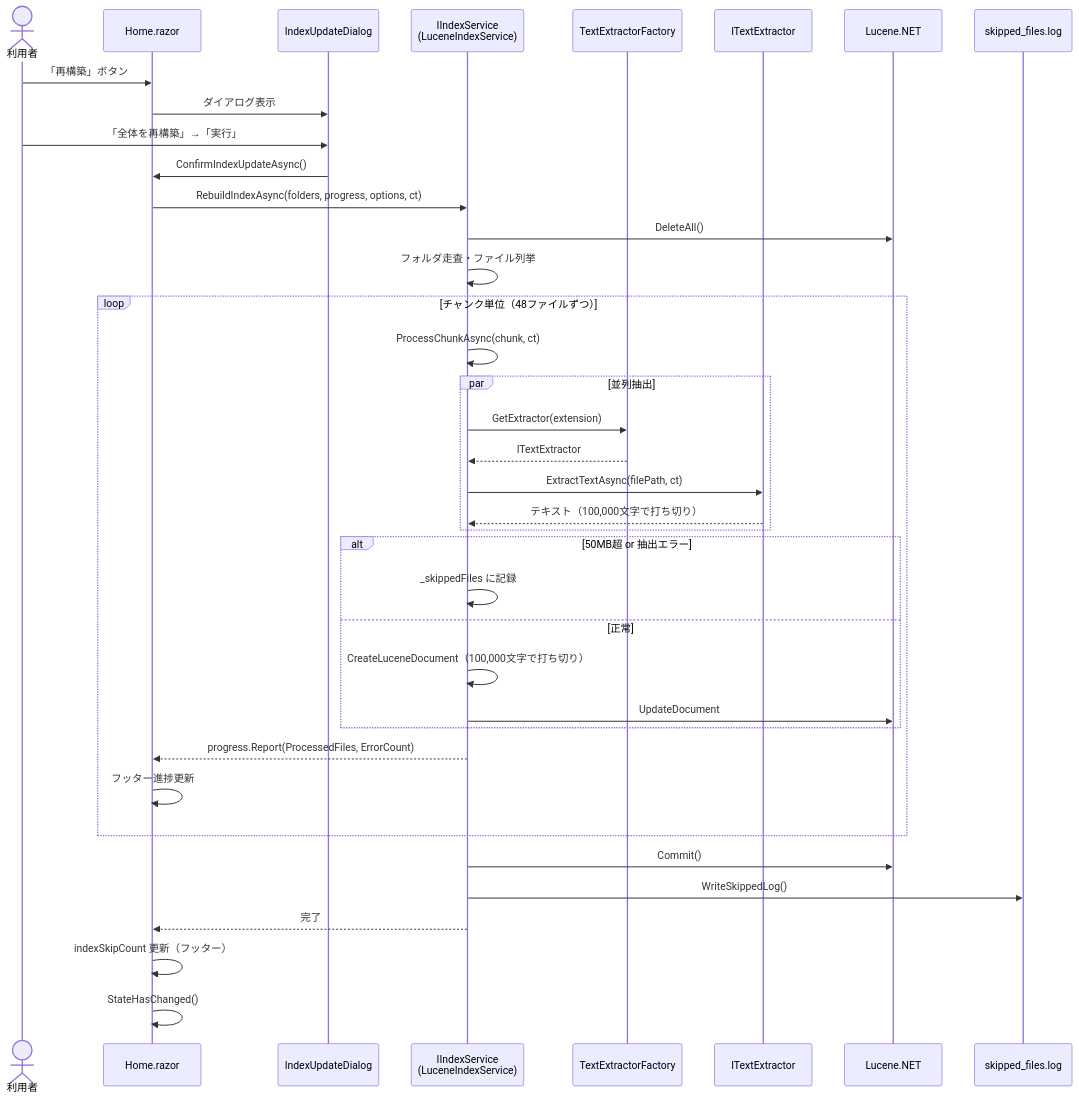
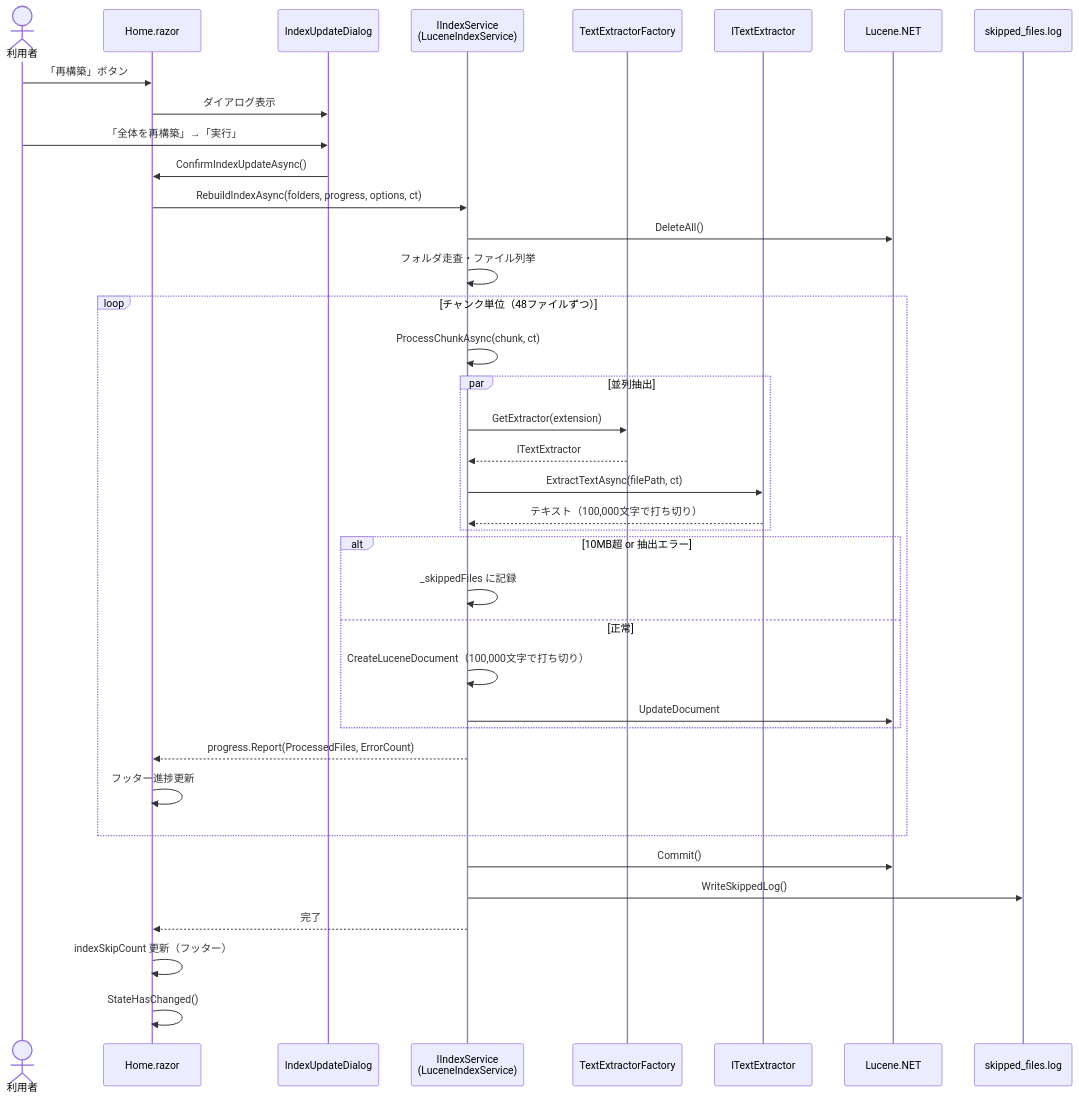
The seventh of 15 diagrams in docs/UML図.md (zndmonya-dot/FileSearchApp-), drawn with Mermaid before and after one commit. The commit also changed other lines of this file and 21 other files, not shown here.

````diff
--- a/docs/UML図.md
+++ b/docs/UML図.md
@@ -455,47 +455,47 @@
 ```mermaid
 sequenceDiagram
     actor User as 利用者
     participant Home as Home.razor
     participant Dialog as IndexUpdateDialog
     participant Index as IIndexService<br/>(LuceneIndexService)
     participant Factory as TextExtractorFactory
     participant Ext as ITextExtractor
     participant Lucene as Lucene.NET
     participant Log as skipped_files.log
 
     User->>Home: 「再構築」ボタン
     Home->>Dialog: ダイアログ表示
     User->>Dialog: 「全体を再構築」→「実行」
     Dialog->>Home: ConfirmIndexUpdateAsync()
     Home->>Index: RebuildIndexAsync(folders, progress, options, ct)
     Index->>Lucene: DeleteAll()
     Index->>Index: フォルダ走査・ファイル列挙
 
     loop チャンク単位（48ファイルずつ）
         Index->>Index: ProcessChunkAsync(chunk, ct)
 
         par 並列抽出
             Index->>Factory: GetExtractor(extension)
             Factory-->>Index: ITextExtractor
             Index->>Ext: ExtractTextAsync(filePath, ct)
             Ext-->>Index: テキスト（100,000文字で打ち切り）
         end
 
-        alt 50MB超 or 抽出エラー
+        alt 10MB超 or 抽出エラー
             Index->>Index: _skippedFiles に記録
         else 正常
             Index->>Index: CreateLuceneDocument（100,000文字で打ち切り）
             Index->>Lucene: UpdateDocument
         end
 
         Index-->>Home: progress.Report(ProcessedFiles, ErrorCount)
         Home->>Home: フッター進捗更新
     end
 
     Index->>Lucene: Commit()
     Index->>Log: WriteSkippedLog()
     Index-->>Home: 完了
 
     Home->>Home: indexSkipCount 更新（フッター）
     Home->>Home: StateHasChanged()
 ```
````
